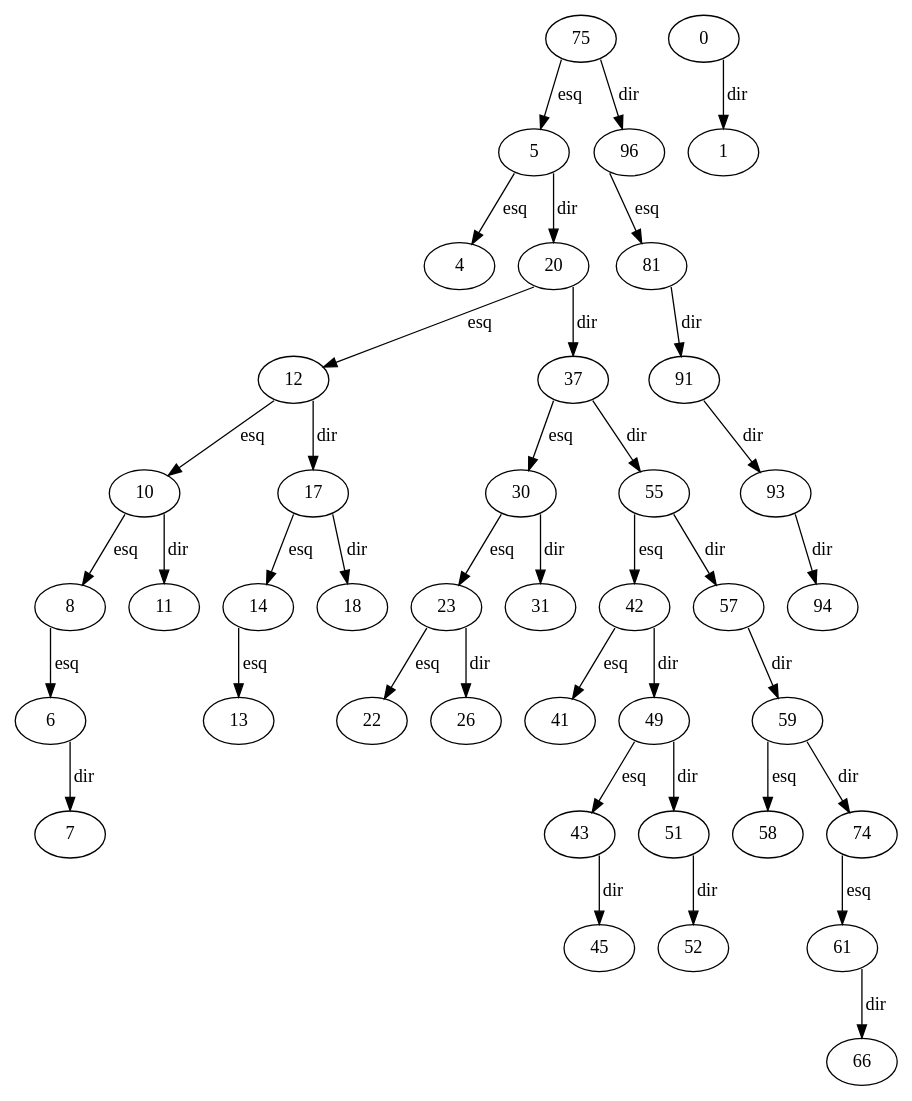
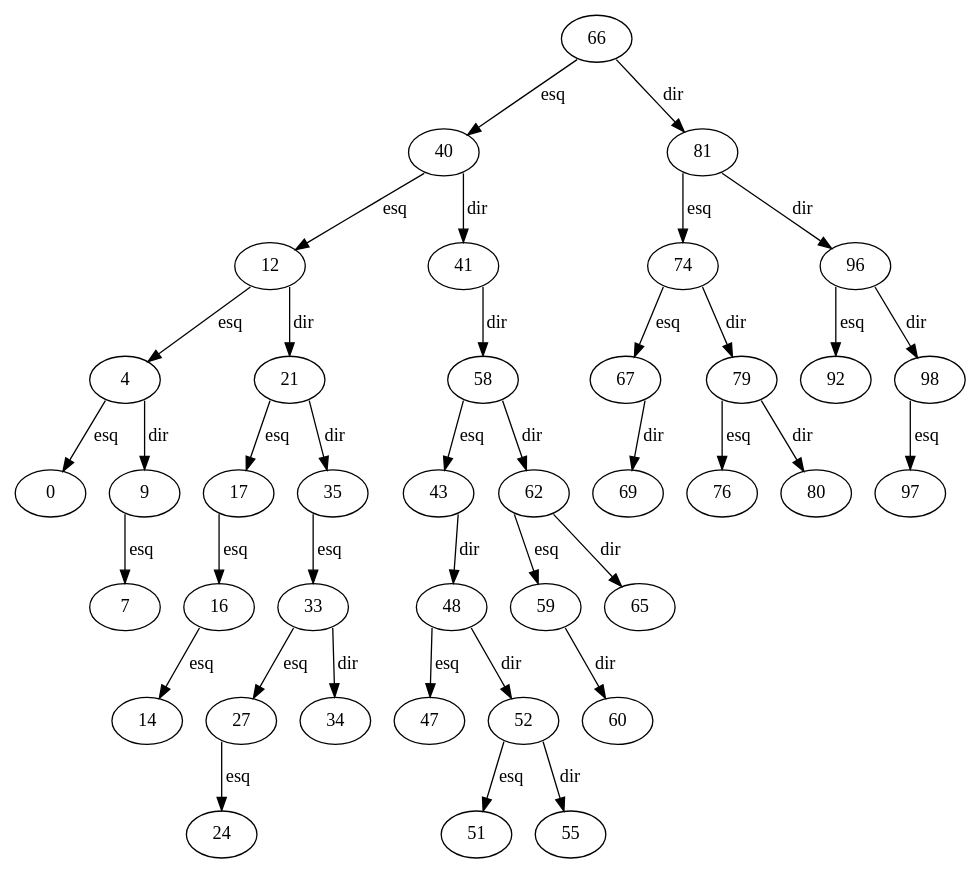
Before and after one commit to giiff/livro_algoritmos_e_estruturas_de_dados: the diagram in Code/C/ArvoreBinaria/arvore.dot, drawn with Graphviz. The commit also changed 75 other files, not shown here.

```diff
--- a/Code/C/ArvoreBinaria/arvore.dot
+++ b/Code/C/ArvoreBinaria/arvore.dot
@@ -1,42 +1,41 @@
 digraph G {
 splines=line;
-75:sw->5 [ label="esq"];
-75:se->96 [ label="dir"];
-5:sw->4 [ label="esq"];
-5:se->20 [ label="dir"];
-0:se->1 [ label="dir"];
-20:sw->12 [ label="esq"];
-20:se->37 [ label="dir"];
-12:sw->10 [ label="esq"];
-12:se->17 [ label="dir"];
-10:sw->8 [ label="esq"];
-10:se->11 [ label="dir"];
-8:sw->6 [ label="esq"];
-6:se->7 [ label="dir"];
-17:sw->14 [ label="esq"];
-17:se->18 [ label="dir"];
-14:sw->13 [ label="esq"];
-37:sw->30 [ label="esq"];
-37:se->55 [ label="dir"];
-30:sw->23 [ label="esq"];
-30:se->31 [ label="dir"];
-23:sw->22 [ label="esq"];
-23:se->26 [ label="dir"];
-55:sw->42 [ label="esq"];
-55:se->57 [ label="dir"];
-42:sw->41 [ label="esq"];
-42:se->49 [ label="dir"];
-49:sw->43 [ label="esq"];
-49:se->51 [ label="dir"];
-43:se->45 [ label="dir"];
-51:se->52 [ label="dir"];
-57:se->59 [ label="dir"];
-59:sw->58 [ label="esq"];
-59:se->74 [ label="dir"];
-74:sw->61 [ label="esq"];
-61:se->66 [ label="dir"];
-96:sw->81 [ label="esq"];
-81:se->91 [ label="dir"];
-91:se->93 [ label="dir"];
-93:se->94 [ label="dir"];
+66:sw->40 [ label="esq"];
+66:se->81 [ label="dir"];
+40:sw->12 [ label="esq"];
+40:se->41 [ label="dir"];
+12:sw->4 [ label="esq"];
+12:se->21 [ label="dir"];
+4:sw->0 [ label="esq"];
+4:se->9 [ label="dir"];
+9:sw->7 [ label="esq"];
+21:sw->17 [ label="esq"];
+21:se->35 [ label="dir"];
+17:sw->16 [ label="esq"];
+16:sw->14 [ label="esq"];
+35:sw->33 [ label="esq"];
+33:sw->27 [ label="esq"];
+33:se->34 [ label="dir"];
+27:sw->24 [ label="esq"];
+41:se->58 [ label="dir"];
+58:sw->43 [ label="esq"];
+58:se->62 [ label="dir"];
+43:se->48 [ label="dir"];
+48:sw->47 [ label="esq"];
+48:se->52 [ label="dir"];
+52:sw->51 [ label="esq"];
+52:se->55 [ label="dir"];
+62:sw->59 [ label="esq"];
+62:se->65 [ label="dir"];
+59:se->60 [ label="dir"];
+81:sw->74 [ label="esq"];
+81:se->96 [ label="dir"];
+74:sw->67 [ label="esq"];
+74:se->79 [ label="dir"];
+67:se->69 [ label="dir"];
+79:sw->76 [ label="esq"];
+79:se->80 [ label="dir"];
+96:sw->92 [ label="esq"];
+96:se->98 [ label="dir"];
+98:sw->97 [ label="esq"];
 }
```
